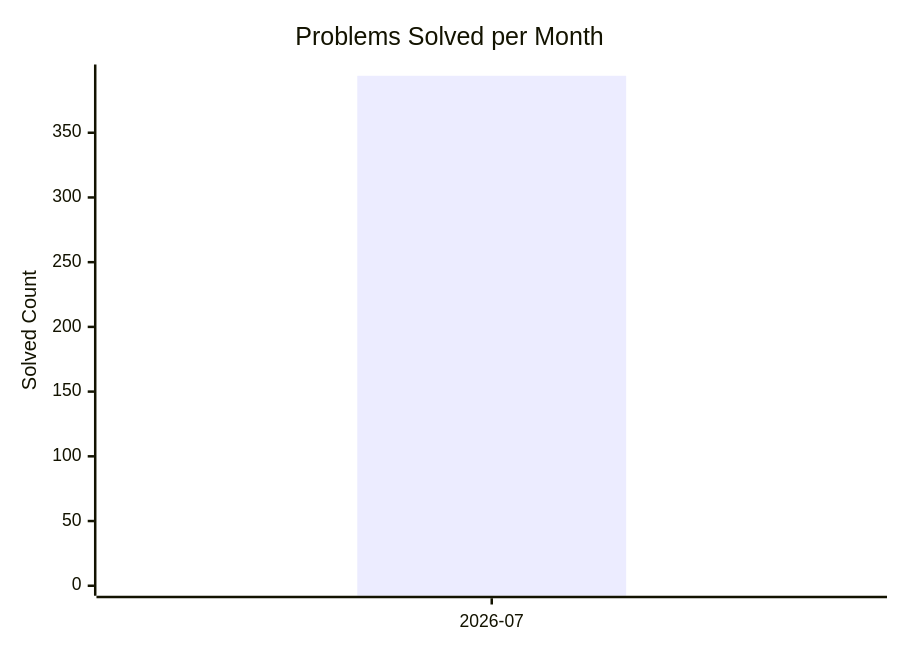
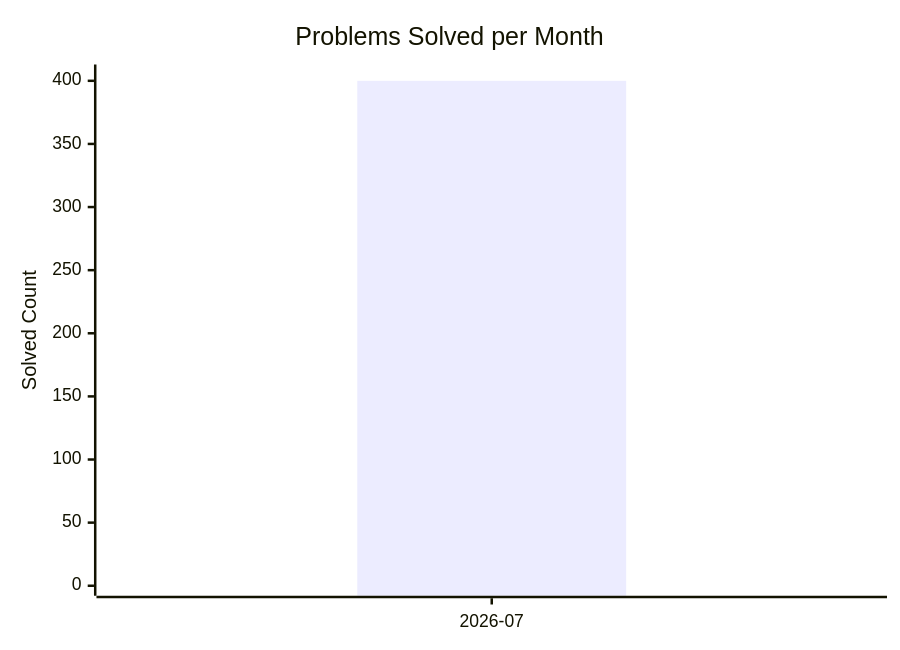
Before and after one commit to AdityaPandey-DEV/CP-Progress-Sync: the diagram in dashboard.md, drawn with Mermaid. The commit also changed other lines of this file, not shown here.

Commit message:
Auto-update CP dashboard [skip ci]

````diff
--- a/dashboard.md
+++ b/dashboard.md
@@ -8,8 +8,8 @@
 ```mermaid
 xychart-beta
     title "Problems Solved per Month"
     x-axis ["2026-07"]
-    y-axis "Solved Count" 0 --> 395
-    bar [394]
-    line [394]
+    y-axis "Solved Count" 0 --> 405
+    bar [400]
+    line [400]
 ```
````
